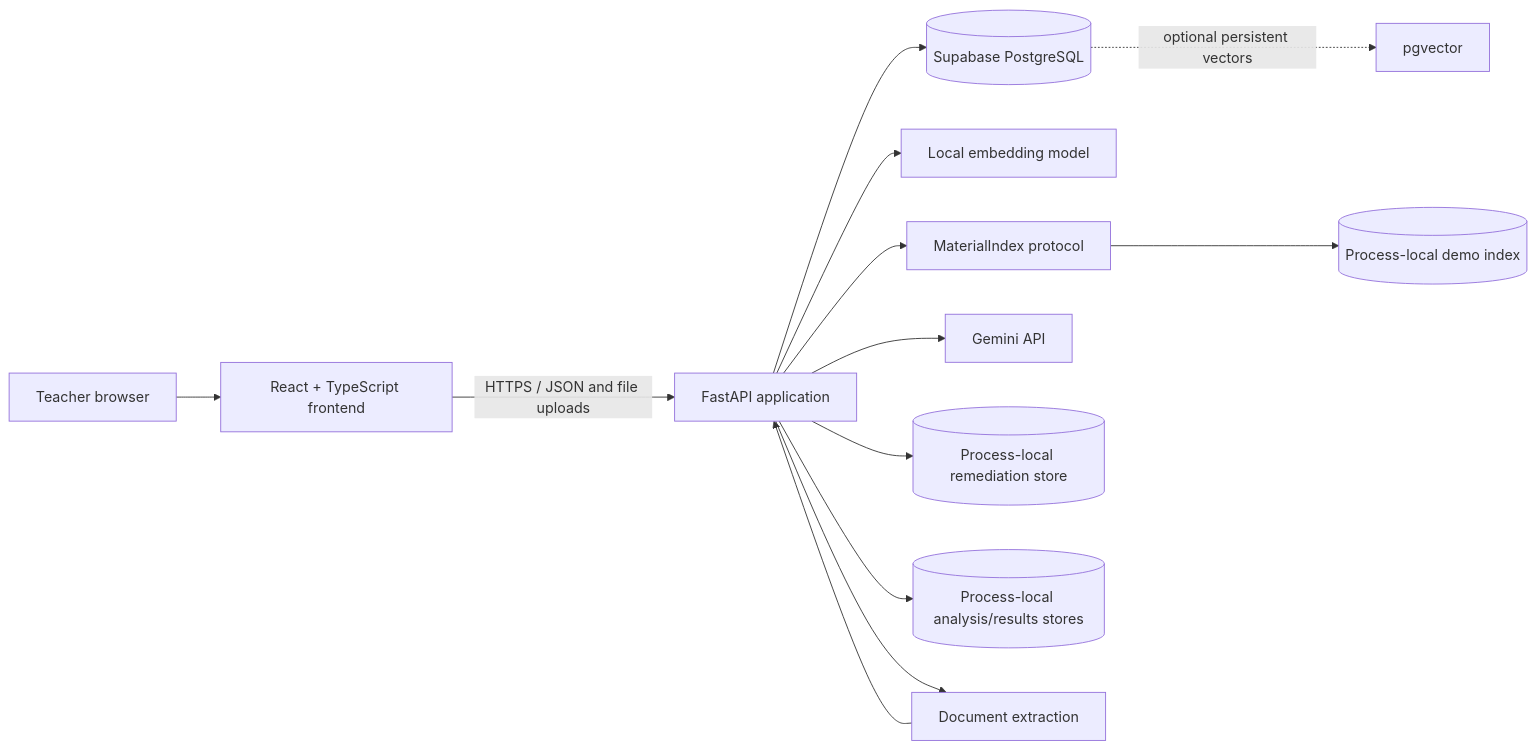
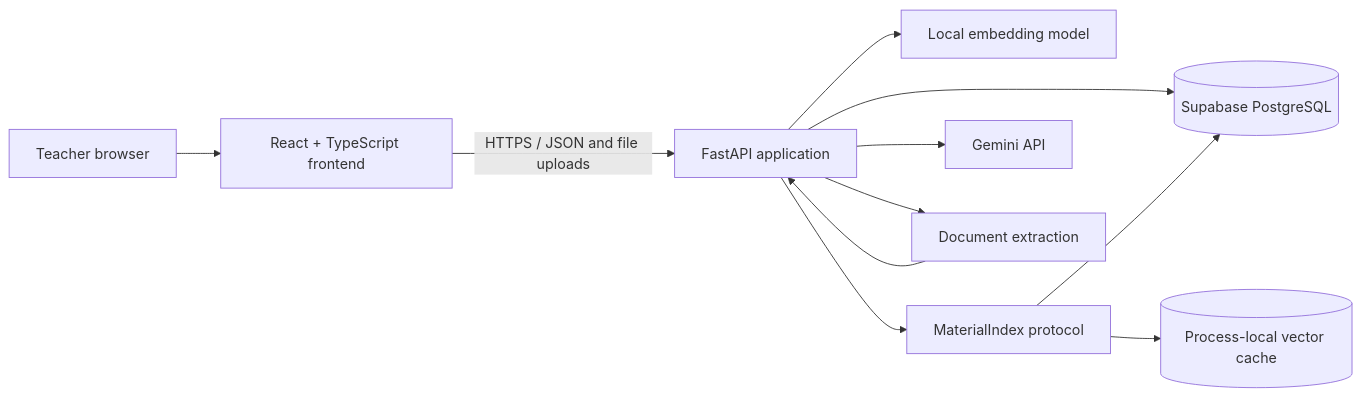
Before and after one commit to rayubaldo44/classlens: the diagram in docs/ARCHITECTURE.md, drawn with Mermaid. The commit also changed other lines of this file and 13 other files, not shown here.

````diff
--- a/docs/ARCHITECTURE.md
+++ b/docs/ARCHITECTURE.md
@@ -7,15 +7,13 @@
 ```mermaid
 flowchart LR
     T[Teacher browser] --> F[React + TypeScript frontend]
     F -->|HTTPS / JSON and file uploads| A[FastAPI application]
     A --> D[(Supabase PostgreSQL)]
     A --> E[Local embedding model]
     A --> I[MaterialIndex protocol]
-    I --> IM[(Process-local demo index)]
+    I --> D
+    I --> IM[(Process-local vector cache)]
     A --> L[Gemini API]
-    A --> R[(Process-local remediation store)]
-    A --> S[(Process-local analysis/results stores)]
     A --> X[Document extraction]
-    D -. optional persistent vectors .-> V[pgvector]
     X --> A
 ```
````
